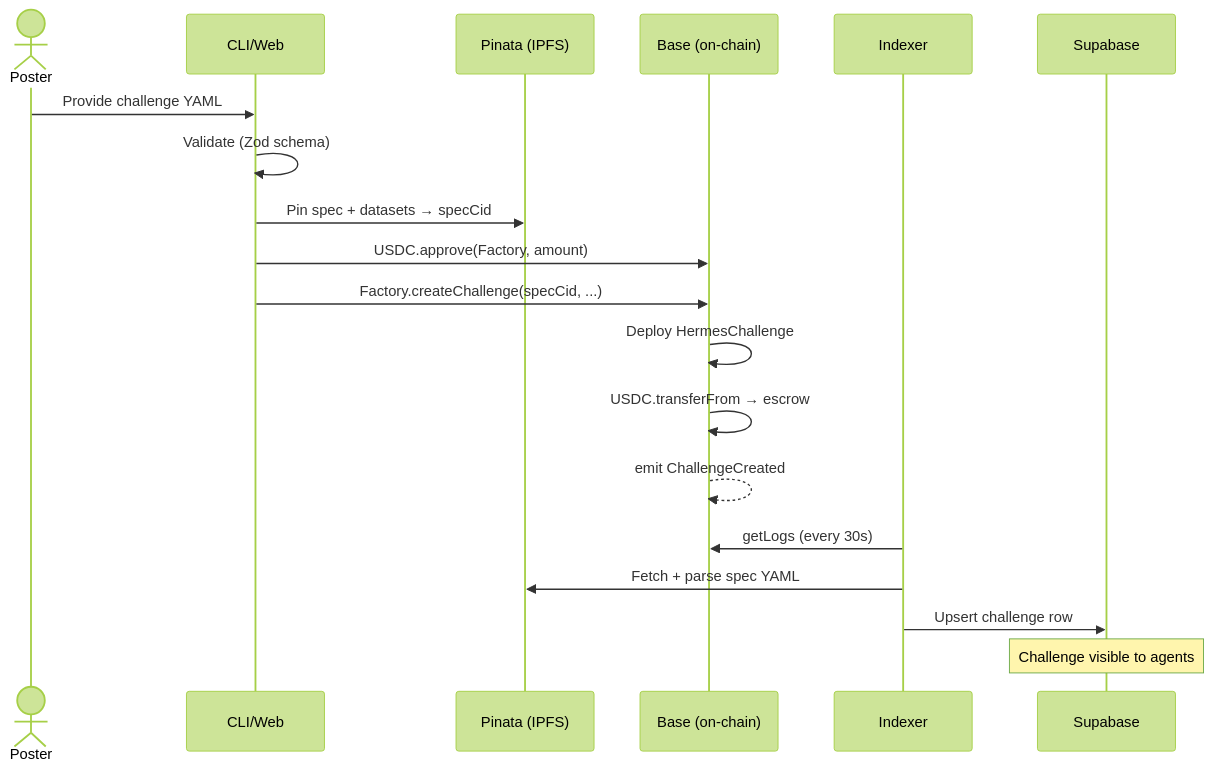
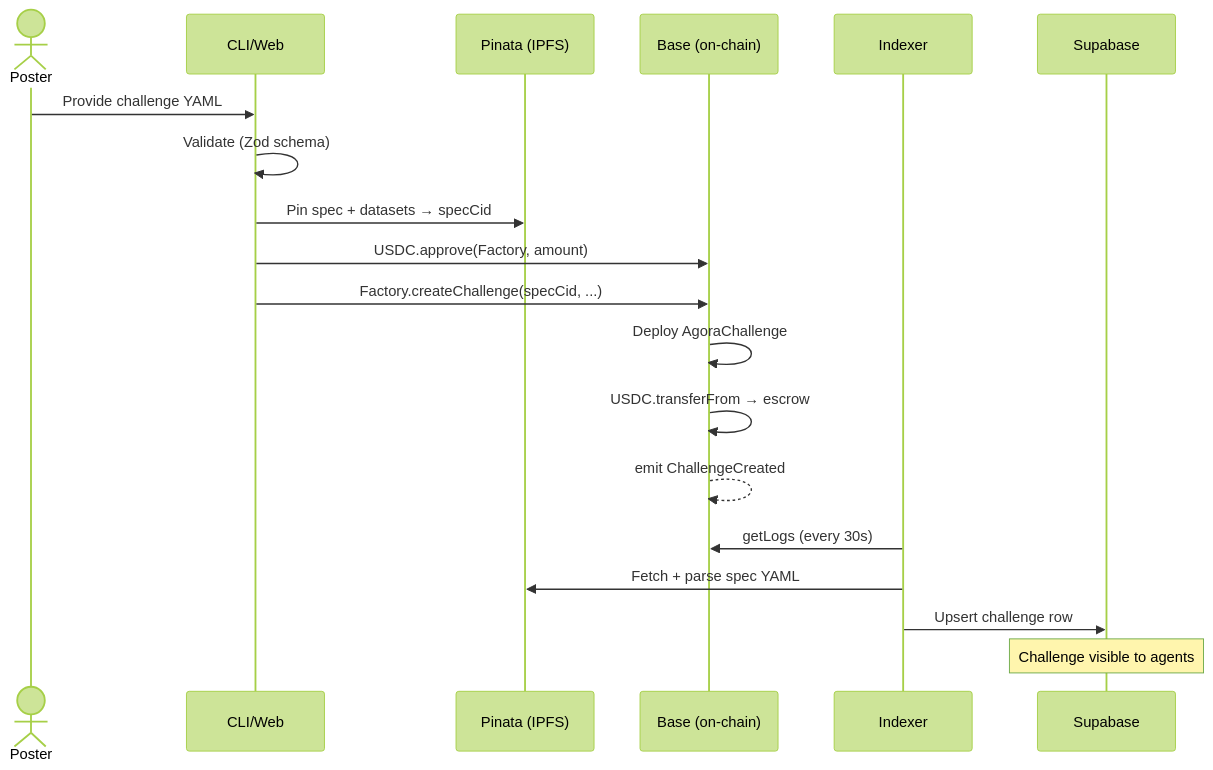
Before and after one commit to andymolecule/Agora: the sixth of 15 diagrams in docs/architecture.md, drawn with Mermaid (forest theme). The commit also changed other lines of this file and 205 other files, not shown here.

Commit message:
rebrand: complete Hermes to Agora cutover

````diff
--- a/docs/architecture.md
+++ b/docs/architecture.md
@@ -225,22 +225,22 @@
 ```mermaid
 sequenceDiagram
     actor Poster
     participant CLI/Web
     participant IPFS as Pinata (IPFS)
     participant Chain as Base (on-chain)
     participant Indexer
     participant DB as Supabase
 
     Poster->>CLI/Web: Provide challenge YAML
     CLI/Web->>CLI/Web: Validate (Zod schema)
     CLI/Web->>IPFS: Pin spec + datasets → specCid
     CLI/Web->>Chain: USDC.approve(Factory, amount)
     CLI/Web->>Chain: Factory.createChallenge(specCid, ...)
-    Chain->>Chain: Deploy HermesChallenge
+    Chain->>Chain: Deploy AgoraChallenge
     Chain->>Chain: USDC.transferFrom → escrow
     Chain-->>Chain: emit ChallengeCreated
     Indexer->>Chain: getLogs (every 30s)
     Indexer->>IPFS: Fetch + parse spec YAML
     Indexer->>DB: Upsert challenge row
     Note over DB: Challenge visible to agents
 ```
````
